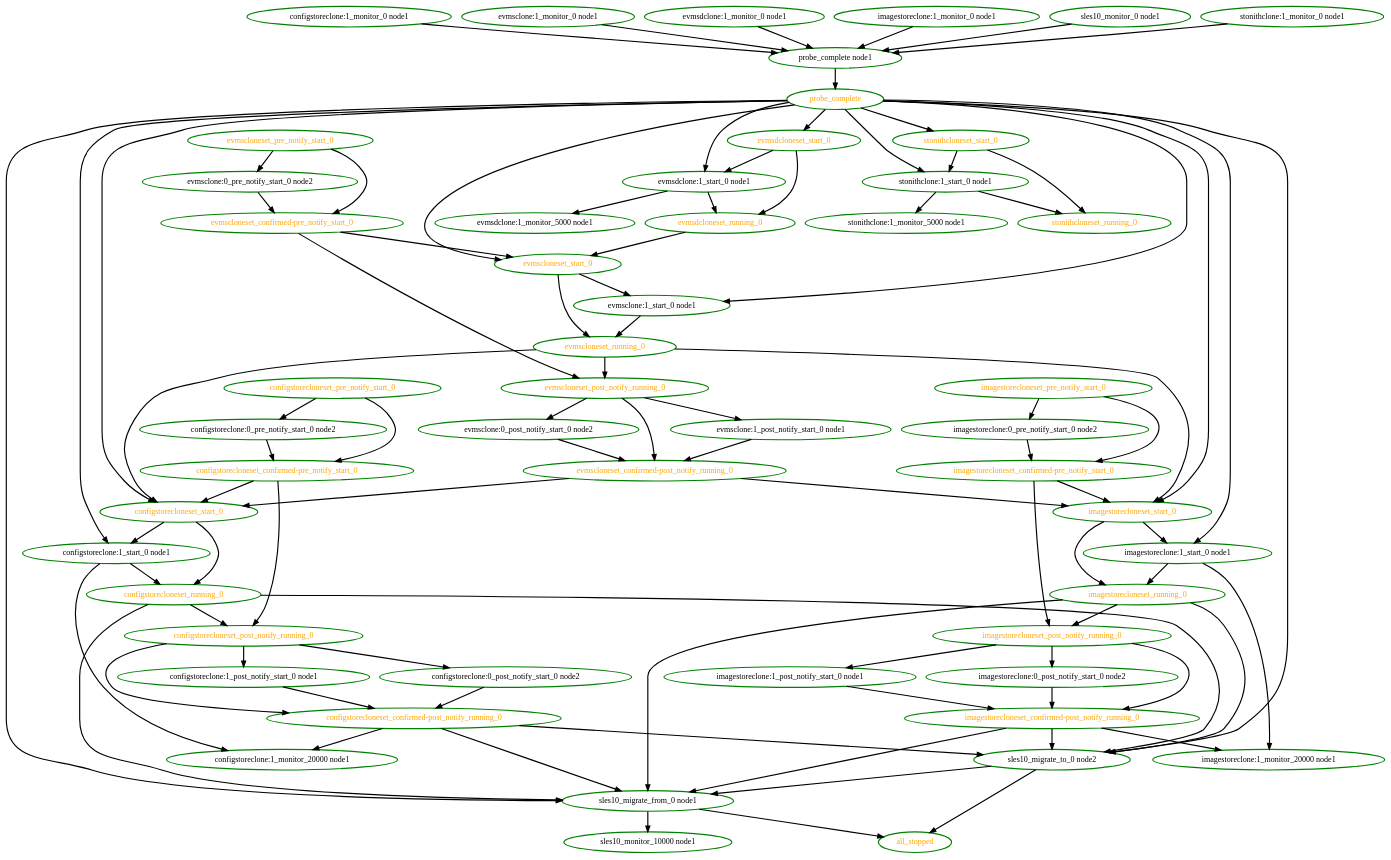
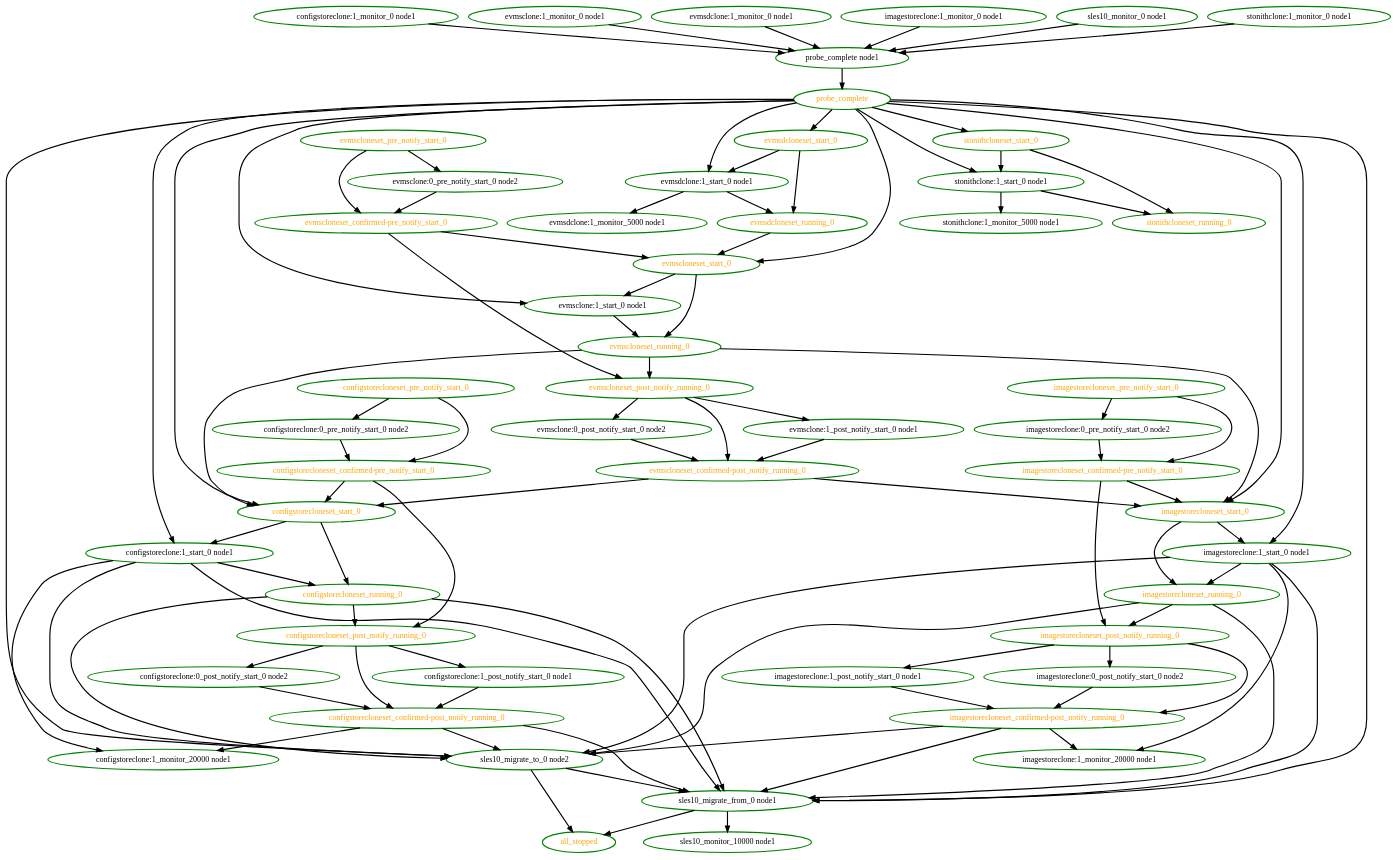
The diagram in pengine/test10/novell-252693-2.dot (linux-ha-japan/pm_diskd), drawn with Graphviz before and after one commit. The commit also changed 11 other files, not shown here.

```diff
--- a/pengine/test10/novell-252693-2.dot
+++ b/pengine/test10/novell-252693-2.dot
@@ -1,144 +1,148 @@
  digraph "g" {
 "all_stopped" [ style=bold color="green" fontcolor="orange"  ]
 "configstoreclone:0_post_notify_start_0 node2" -> "configstorecloneset_confirmed-post_notify_running_0" [ style = bold]
 "configstoreclone:0_post_notify_start_0 node2" [ style=bold color="green" fontcolor="black"  ]
 "configstoreclone:0_pre_notify_start_0 node2" -> "configstorecloneset_confirmed-pre_notify_start_0" [ style = bold]
 "configstoreclone:0_pre_notify_start_0 node2" [ style=bold color="green" fontcolor="black"  ]
 "configstoreclone:1_monitor_0 node1" -> "probe_complete node1" [ style = bold]
 "configstoreclone:1_monitor_0 node1" [ style=bold color="green" fontcolor="black"  ]
 "configstoreclone:1_monitor_20000 node1" [ style=bold color="green" fontcolor="black"  ]
 "configstoreclone:1_post_notify_start_0 node1" -> "configstorecloneset_confirmed-post_notify_running_0" [ style = bold]
 "configstoreclone:1_post_notify_start_0 node1" [ style=bold color="green" fontcolor="black"  ]
 "configstoreclone:1_start_0 node1" -> "configstoreclone:1_monitor_20000 node1" [ style = bold]
 "configstoreclone:1_start_0 node1" -> "configstorecloneset_running_0" [ style = bold]
+"configstoreclone:1_start_0 node1" -> "sles10_migrate_from_0 node1" [ style = bold]
+"configstoreclone:1_start_0 node1" -> "sles10_migrate_to_0 node2" [ style = bold]
 "configstoreclone:1_start_0 node1" [ style=bold color="green" fontcolor="black"  ]
 "configstorecloneset_confirmed-post_notify_running_0" -> "configstoreclone:1_monitor_20000 node1" [ style = bold]
 "configstorecloneset_confirmed-post_notify_running_0" -> "sles10_migrate_from_0 node1" [ style = bold]
 "configstorecloneset_confirmed-post_notify_running_0" -> "sles10_migrate_to_0 node2" [ style = bold]
 "configstorecloneset_confirmed-post_notify_running_0" [ style=bold color="green" fontcolor="orange"  ]
 "configstorecloneset_confirmed-pre_notify_start_0" -> "configstorecloneset_post_notify_running_0" [ style = bold]
 "configstorecloneset_confirmed-pre_notify_start_0" -> "configstorecloneset_start_0" [ style = bold]
 "configstorecloneset_confirmed-pre_notify_start_0" [ style=bold color="green" fontcolor="orange"  ]
 "configstorecloneset_post_notify_running_0" -> "configstoreclone:0_post_notify_start_0 node2" [ style = bold]
 "configstorecloneset_post_notify_running_0" -> "configstoreclone:1_post_notify_start_0 node1" [ style = bold]
 "configstorecloneset_post_notify_running_0" -> "configstorecloneset_confirmed-post_notify_running_0" [ style = bold]
 "configstorecloneset_post_notify_running_0" [ style=bold color="green" fontcolor="orange"  ]
 "configstorecloneset_pre_notify_start_0" -> "configstoreclone:0_pre_notify_start_0 node2" [ style = bold]
 "configstorecloneset_pre_notify_start_0" -> "configstorecloneset_confirmed-pre_notify_start_0" [ style = bold]
 "configstorecloneset_pre_notify_start_0" [ style=bold color="green" fontcolor="orange"  ]
 "configstorecloneset_running_0" -> "configstorecloneset_post_notify_running_0" [ style = bold]
 "configstorecloneset_running_0" -> "sles10_migrate_from_0 node1" [ style = bold]
 "configstorecloneset_running_0" -> "sles10_migrate_to_0 node2" [ style = bold]
 "configstorecloneset_running_0" [ style=bold color="green" fontcolor="orange"  ]
 "configstorecloneset_start_0" -> "configstoreclone:1_start_0 node1" [ style = bold]
 "configstorecloneset_start_0" -> "configstorecloneset_running_0" [ style = bold]
 "configstorecloneset_start_0" [ style=bold color="green" fontcolor="orange"  ]
 "evmsclone:0_post_notify_start_0 node2" -> "evmscloneset_confirmed-post_notify_running_0" [ style = bold]
 "evmsclone:0_post_notify_start_0 node2" [ style=bold color="green" fontcolor="black"  ]
 "evmsclone:0_pre_notify_start_0 node2" -> "evmscloneset_confirmed-pre_notify_start_0" [ style = bold]
 "evmsclone:0_pre_notify_start_0 node2" [ style=bold color="green" fontcolor="black"  ]
 "evmsclone:1_monitor_0 node1" -> "probe_complete node1" [ style = bold]
 "evmsclone:1_monitor_0 node1" [ style=bold color="green" fontcolor="black"  ]
 "evmsclone:1_post_notify_start_0 node1" -> "evmscloneset_confirmed-post_notify_running_0" [ style = bold]
 "evmsclone:1_post_notify_start_0 node1" [ style=bold color="green" fontcolor="black"  ]
 "evmsclone:1_start_0 node1" -> "evmscloneset_running_0" [ style = bold]
 "evmsclone:1_start_0 node1" [ style=bold color="green" fontcolor="black"  ]
 "evmscloneset_confirmed-post_notify_running_0" -> "configstorecloneset_start_0" [ style = bold]
 "evmscloneset_confirmed-post_notify_running_0" -> "imagestorecloneset_start_0" [ style = bold]
 "evmscloneset_confirmed-post_notify_running_0" [ style=bold color="green" fontcolor="orange"  ]
 "evmscloneset_confirmed-pre_notify_start_0" -> "evmscloneset_post_notify_running_0" [ style = bold]
 "evmscloneset_confirmed-pre_notify_start_0" -> "evmscloneset_start_0" [ style = bold]
 "evmscloneset_confirmed-pre_notify_start_0" [ style=bold color="green" fontcolor="orange"  ]
 "evmscloneset_post_notify_running_0" -> "evmsclone:0_post_notify_start_0 node2" [ style = bold]
 "evmscloneset_post_notify_running_0" -> "evmsclone:1_post_notify_start_0 node1" [ style = bold]
 "evmscloneset_post_notify_running_0" -> "evmscloneset_confirmed-post_notify_running_0" [ style = bold]
 "evmscloneset_post_notify_running_0" [ style=bold color="green" fontcolor="orange"  ]
 "evmscloneset_pre_notify_start_0" -> "evmsclone:0_pre_notify_start_0 node2" [ style = bold]
 "evmscloneset_pre_notify_start_0" -> "evmscloneset_confirmed-pre_notify_start_0" [ style = bold]
 "evmscloneset_pre_notify_start_0" [ style=bold color="green" fontcolor="orange"  ]
 "evmscloneset_running_0" -> "configstorecloneset_start_0" [ style = bold]
 "evmscloneset_running_0" -> "evmscloneset_post_notify_running_0" [ style = bold]
 "evmscloneset_running_0" -> "imagestorecloneset_start_0" [ style = bold]
 "evmscloneset_running_0" [ style=bold color="green" fontcolor="orange"  ]
 "evmscloneset_start_0" -> "evmsclone:1_start_0 node1" [ style = bold]
 "evmscloneset_start_0" -> "evmscloneset_running_0" [ style = bold]
 "evmscloneset_start_0" [ style=bold color="green" fontcolor="orange"  ]
 "evmsdclone:1_monitor_0 node1" -> "probe_complete node1" [ style = bold]
 "evmsdclone:1_monitor_0 node1" [ style=bold color="green" fontcolor="black"  ]
 "evmsdclone:1_monitor_5000 node1" [ style=bold color="green" fontcolor="black"  ]
 "evmsdclone:1_start_0 node1" -> "evmsdclone:1_monitor_5000 node1" [ style = bold]
 "evmsdclone:1_start_0 node1" -> "evmsdcloneset_running_0" [ style = bold]
 "evmsdclone:1_start_0 node1" [ style=bold color="green" fontcolor="black"  ]
 "evmsdcloneset_running_0" -> "evmscloneset_start_0" [ style = bold]
 "evmsdcloneset_running_0" [ style=bold color="green" fontcolor="orange"  ]
 "evmsdcloneset_start_0" -> "evmsdclone:1_start_0 node1" [ style = bold]
 "evmsdcloneset_start_0" -> "evmsdcloneset_running_0" [ style = bold]
 "evmsdcloneset_start_0" [ style=bold color="green" fontcolor="orange"  ]
 "imagestoreclone:0_post_notify_start_0 node2" -> "imagestorecloneset_confirmed-post_notify_running_0" [ style = bold]
 "imagestoreclone:0_post_notify_start_0 node2" [ style=bold color="green" fontcolor="black"  ]
 "imagestoreclone:0_pre_notify_start_0 node2" -> "imagestorecloneset_confirmed-pre_notify_start_0" [ style = bold]
 "imagestoreclone:0_pre_notify_start_0 node2" [ style=bold color="green" fontcolor="black"  ]
 "imagestoreclone:1_monitor_0 node1" -> "probe_complete node1" [ style = bold]
 "imagestoreclone:1_monitor_0 node1" [ style=bold color="green" fontcolor="black"  ]
 "imagestoreclone:1_monitor_20000 node1" [ style=bold color="green" fontcolor="black"  ]
 "imagestoreclone:1_post_notify_start_0 node1" -> "imagestorecloneset_confirmed-post_notify_running_0" [ style = bold]
 "imagestoreclone:1_post_notify_start_0 node1" [ style=bold color="green" fontcolor="black"  ]
 "imagestoreclone:1_start_0 node1" -> "imagestoreclone:1_monitor_20000 node1" [ style = bold]
 "imagestoreclone:1_start_0 node1" -> "imagestorecloneset_running_0" [ style = bold]
+"imagestoreclone:1_start_0 node1" -> "sles10_migrate_from_0 node1" [ style = bold]
+"imagestoreclone:1_start_0 node1" -> "sles10_migrate_to_0 node2" [ style = bold]
 "imagestoreclone:1_start_0 node1" [ style=bold color="green" fontcolor="black"  ]
 "imagestorecloneset_confirmed-post_notify_running_0" -> "imagestoreclone:1_monitor_20000 node1" [ style = bold]
 "imagestorecloneset_confirmed-post_notify_running_0" -> "sles10_migrate_from_0 node1" [ style = bold]
 "imagestorecloneset_confirmed-post_notify_running_0" -> "sles10_migrate_to_0 node2" [ style = bold]
 "imagestorecloneset_confirmed-post_notify_running_0" [ style=bold color="green" fontcolor="orange"  ]
 "imagestorecloneset_confirmed-pre_notify_start_0" -> "imagestorecloneset_post_notify_running_0" [ style = bold]
 "imagestorecloneset_confirmed-pre_notify_start_0" -> "imagestorecloneset_start_0" [ style = bold]
 "imagestorecloneset_confirmed-pre_notify_start_0" [ style=bold color="green" fontcolor="orange"  ]
 "imagestorecloneset_post_notify_running_0" -> "imagestoreclone:0_post_notify_start_0 node2" [ style = bold]
 "imagestorecloneset_post_notify_running_0" -> "imagestoreclone:1_post_notify_start_0 node1" [ style = bold]
 "imagestorecloneset_post_notify_running_0" -> "imagestorecloneset_confirmed-post_notify_running_0" [ style = bold]
 "imagestorecloneset_post_notify_running_0" [ style=bold color="green" fontcolor="orange"  ]
 "imagestorecloneset_pre_notify_start_0" -> "imagestoreclone:0_pre_notify_start_0 node2" [ style = bold]
 "imagestorecloneset_pre_notify_start_0" -> "imagestorecloneset_confirmed-pre_notify_start_0" [ style = bold]
 "imagestorecloneset_pre_notify_start_0" [ style=bold color="green" fontcolor="orange"  ]
 "imagestorecloneset_running_0" -> "imagestorecloneset_post_notify_running_0" [ style = bold]
 "imagestorecloneset_running_0" -> "sles10_migrate_from_0 node1" [ style = bold]
 "imagestorecloneset_running_0" -> "sles10_migrate_to_0 node2" [ style = bold]
 "imagestorecloneset_running_0" [ style=bold color="green" fontcolor="orange"  ]
 "imagestorecloneset_start_0" -> "imagestoreclone:1_start_0 node1" [ style = bold]
 "imagestorecloneset_start_0" -> "imagestorecloneset_running_0" [ style = bold]
 "imagestorecloneset_start_0" [ style=bold color="green" fontcolor="orange"  ]
 "probe_complete node1" -> "probe_complete" [ style = bold]
 "probe_complete node1" [ style=bold color="green" fontcolor="black"  ]
 "probe_complete" -> "configstoreclone:1_start_0 node1" [ style = bold]
 "probe_complete" -> "configstorecloneset_start_0" [ style = bold]
 "probe_complete" -> "evmsclone:1_start_0 node1" [ style = bold]
 "probe_complete" -> "evmscloneset_start_0" [ style = bold]
 "probe_complete" -> "evmsdclone:1_start_0 node1" [ style = bold]
 "probe_complete" -> "evmsdcloneset_start_0" [ style = bold]
 "probe_complete" -> "imagestoreclone:1_start_0 node1" [ style = bold]
 "probe_complete" -> "imagestorecloneset_start_0" [ style = bold]
 "probe_complete" -> "sles10_migrate_from_0 node1" [ style = bold]
 "probe_complete" -> "sles10_migrate_to_0 node2" [ style = bold]
 "probe_complete" -> "stonithclone:1_start_0 node1" [ style = bold]
 "probe_complete" -> "stonithcloneset_start_0" [ style = bold]
 "probe_complete" [ style=bold color="green" fontcolor="orange"  ]
 "sles10_migrate_from_0 node1" -> "all_stopped" [ style = bold]
 "sles10_migrate_from_0 node1" -> "sles10_monitor_10000 node1" [ style = bold]
 "sles10_migrate_from_0 node1" [ style=bold color="green" fontcolor="black"  ]
 "sles10_migrate_to_0 node2" -> "all_stopped" [ style = bold]
 "sles10_migrate_to_0 node2" -> "sles10_migrate_from_0 node1" [ style = bold]
 "sles10_migrate_to_0 node2" [ style=bold color="green" fontcolor="black"  ]
 "sles10_monitor_0 node1" -> "probe_complete node1" [ style = bold]
 "sles10_monitor_0 node1" [ style=bold color="green" fontcolor="black"  ]
 "sles10_monitor_10000 node1" [ style=bold color="green" fontcolor="black"  ]
 "stonithclone:1_monitor_0 node1" -> "probe_complete node1" [ style = bold]
 "stonithclone:1_monitor_0 node1" [ style=bold color="green" fontcolor="black"  ]
 "stonithclone:1_monitor_5000 node1" [ style=bold color="green" fontcolor="black"  ]
 "stonithclone:1_start_0 node1" -> "stonithclone:1_monitor_5000 node1" [ style = bold]
 "stonithclone:1_start_0 node1" -> "stonithcloneset_running_0" [ style = bold]
 "stonithclone:1_start_0 node1" [ style=bold color="green" fontcolor="black"  ]
 "stonithcloneset_running_0" [ style=bold color="green" fontcolor="orange"  ]
 "stonithcloneset_start_0" -> "stonithclone:1_start_0 node1" [ style = bold]
 "stonithcloneset_start_0" -> "stonithcloneset_running_0" [ style = bold]
 "stonithcloneset_start_0" [ style=bold color="green" fontcolor="orange"  ]
 }
```
